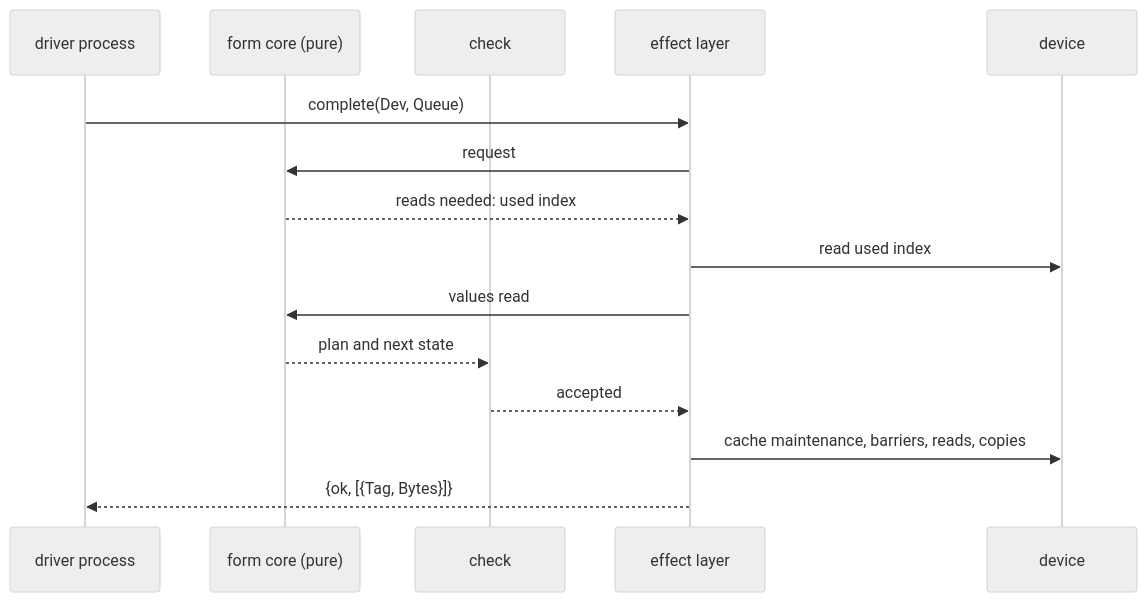
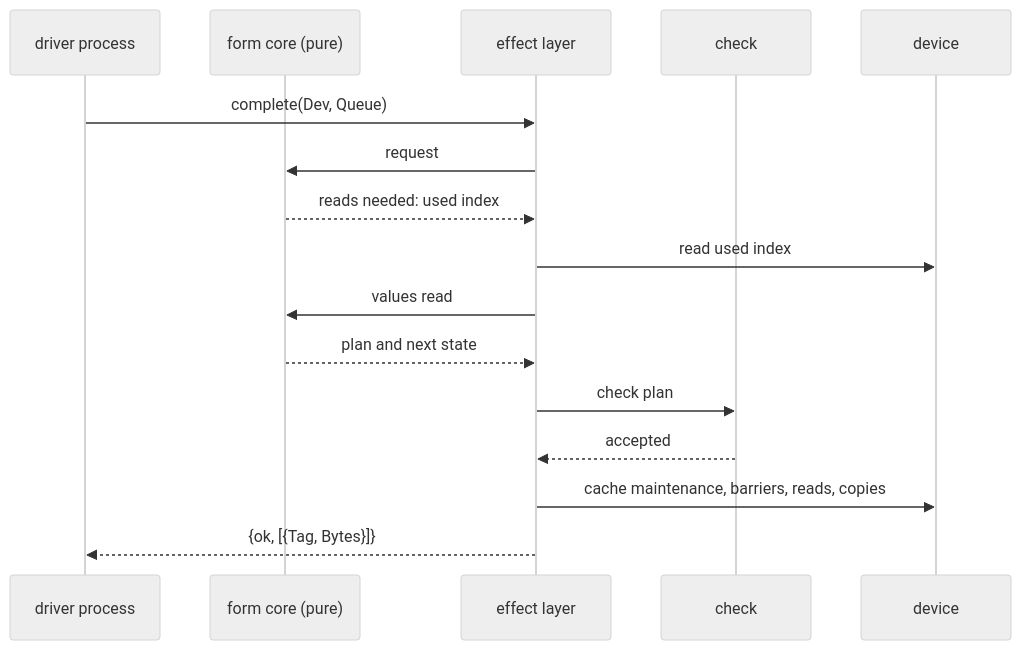
The second of 3 diagrams in docs/book/15-devices.md (nshkrdotcom/erXos), drawn with Mermaid (neutral theme) before and after one commit. The commit also changed other lines of this file and 1 other file, not shown here.

````diff
--- a/docs/book/15-devices.md
+++ b/docs/book/15-devices.md
@@ -355,17 +345,18 @@
 ```mermaid
 sequenceDiagram
     participant D as driver process
     participant F as form core (pure)
+    participant E as effect layer
     participant K as check
-    participant E as effect layer
     participant H as device
     D->>E: complete(Dev, Queue)
     E->>F: request
     F-->>E: reads needed: used index
     E->>H: read used index
     E->>F: values read
-    F-->>K: plan and next state
+    F-->>E: plan and next state
+    E->>K: check plan
     K-->>E: accepted
     E->>H: cache maintenance, barriers, reads, copies
     E-->>D: {ok, [{Tag, Bytes}]}
 ```
````
